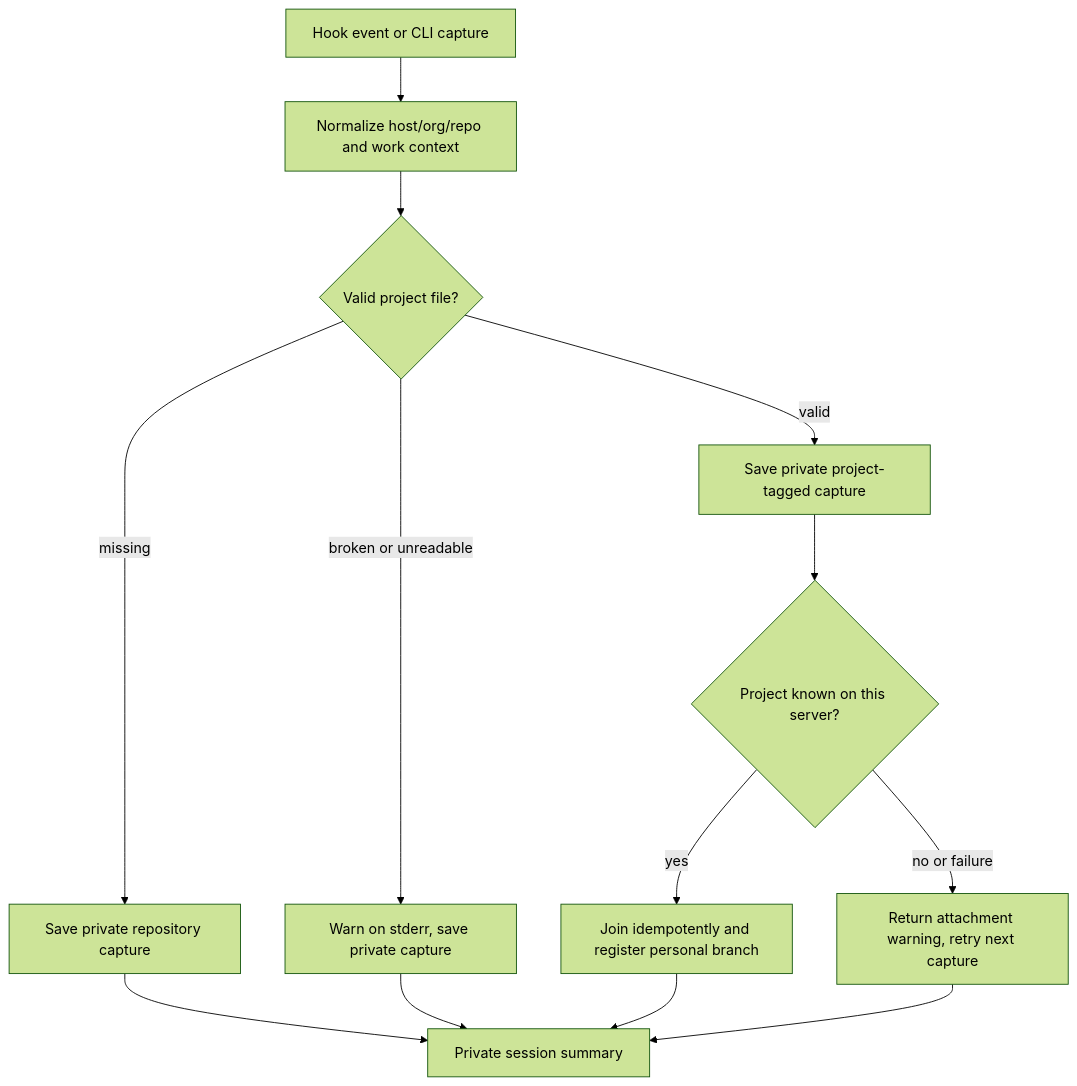
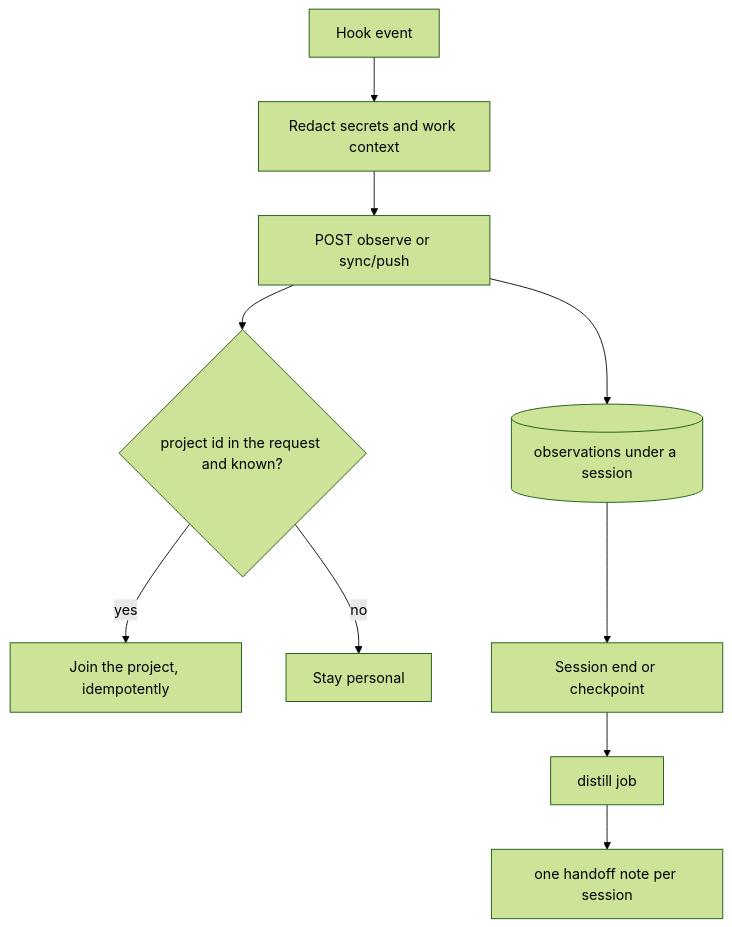
Before and after one commit to cunilab/cairn-memory: the second of 4 diagrams in docs/data-flow.md, drawn with Mermaid (forest theme). The commit also changed other lines of this file and 139 other files, not shown here.

````diff
--- a/docs/data-flow.md
+++ b/docs/data-flow.md
@@ -36,15 +33,12 @@
 ```mermaid
 flowchart TD
-    Hook[Hook event or CLI capture] --> Context[Normalize host/org/repo and work context]
-    Context --> File{Valid project file?}
-    File -->|missing| Personal[Save private repository capture]
-    File -->|broken or unreadable| Warn[Warn on stderr, save private capture]
-    File -->|valid| Capture[Save private project-tagged capture]
-    Capture --> Attach{Project known on this server?}
-    Attach -->|yes| Join[Join idempotently and register personal branch]
-    Attach -->|no or failure| Retry[Return attachment warning, retry next capture]
-    Join --> Summary[Private session summary]
-    Personal --> Summary
-    Warn --> Summary
-    Retry --> Summary
+    Hook[Hook event] --> Redact[Redact secrets and work context]
+    Redact --> Post[POST observe or sync/push]
+    Post --> Obs[(observations under a session)]
+    Post --> Attach{project id in the request and known?}
+    Attach -->|yes| Join[Join the project, idempotently]
+    Attach -->|no| Personal[Stay personal]
+    Obs --> End[Session end or checkpoint]
+    End --> Job[distill job]
+    Job --> Handoff[one handoff note per session]
 ```
````
